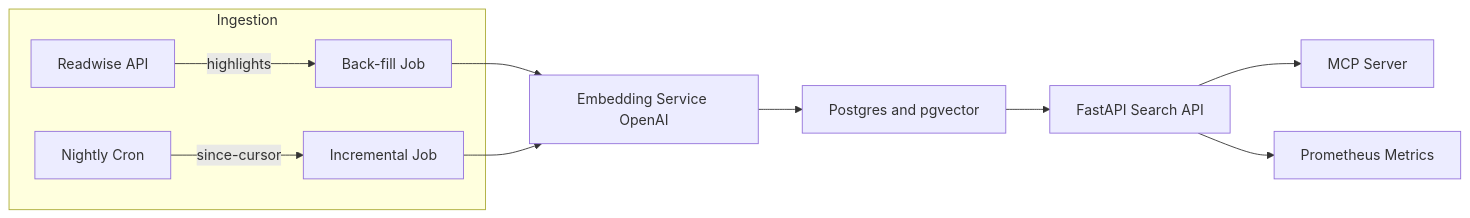
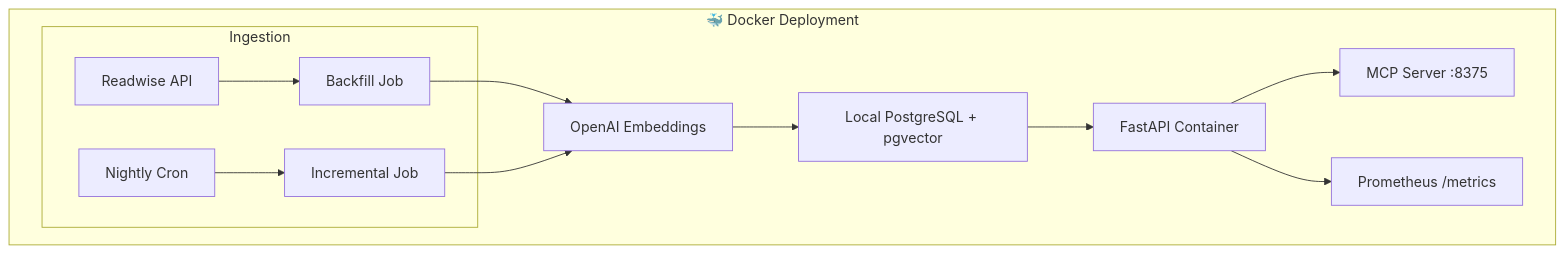
The first of 2 diagrams in README.md (leonardsellem/readwise-vector-db), drawn with Mermaid before and after one commit. The commit also changed other lines of this file and 7 other files, not shown here.

````diff
--- a/README.md
+++ b/README.md
@@ -112,11 +194,15 @@
 ```mermaid
-flowchart LR
-  subgraph Ingestion
-    A[Readwise API] -- highlights --> B[Back-fill Job]
-    C[Nightly Cron] -- since-cursor --> D[Incremental Job]
+flowchart TB
+  subgraph "🐳 Docker Deployment"
+    subgraph Ingestion
+      A[Readwise API] --> B[Backfill Job]
+      C[Nightly Cron] --> D[Incremental Job]
+    end
+    B --> E[OpenAI Embeddings]
+    D --> E
+    E --> F[Local PostgreSQL + pgvector]
+    F --> G[FastAPI Container]
+    G --> H[MCP Server :8375]
+    G --> I[Prometheus /metrics]
   end
-  B & D --> E[Embedding Service OpenAI] --> F[Postgres and pgvector]
-  F --> G[FastAPI Search API]
-  G --> H[MCP Server]
-  G --> I[Prometheus Metrics]
 ```
````
